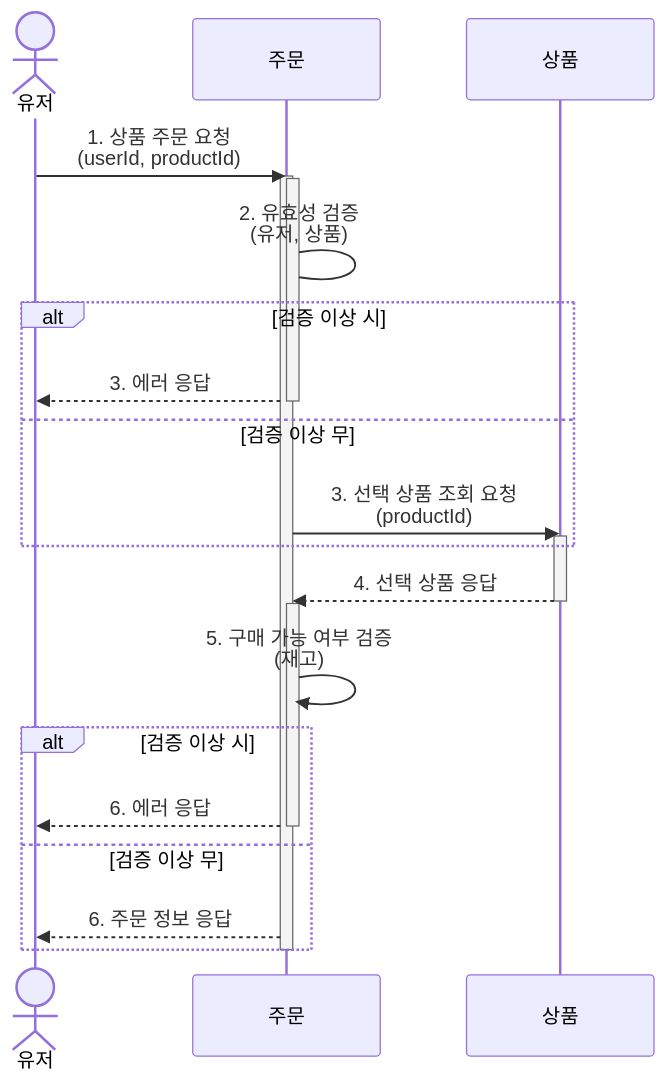
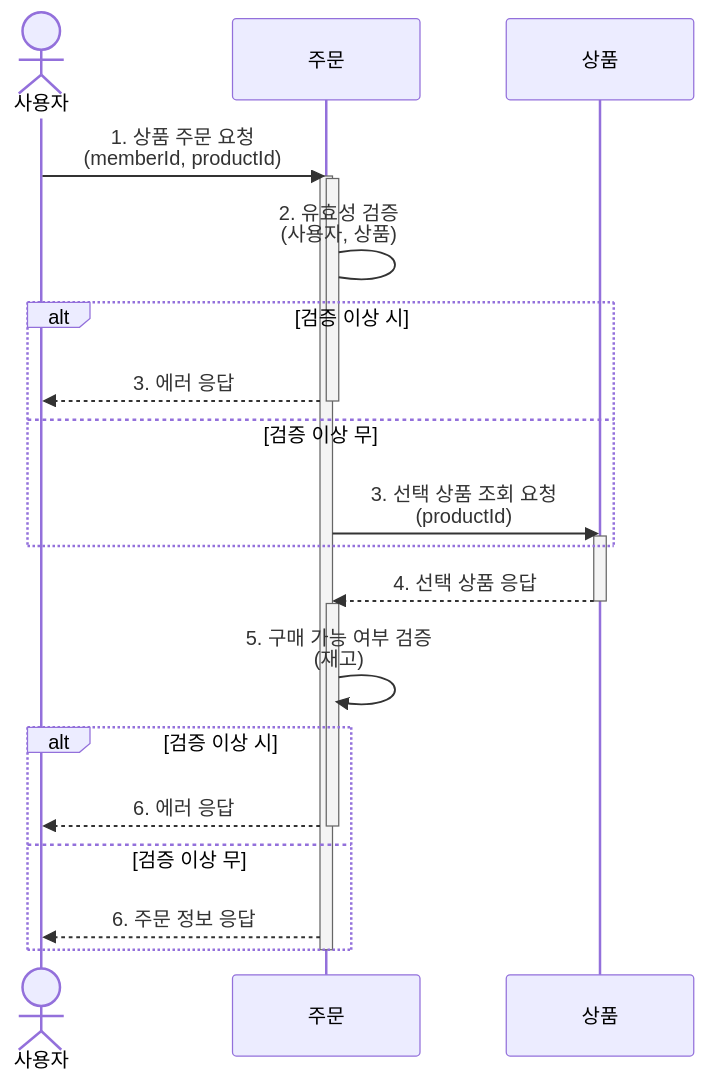
One commit to psyoongsc/hhplus-ts-server changed diagram 13 of 15 in docs/sequence_diagram.md. Above: the diagram before and after it, drawn with Mermaid. The commit also changed other lines of this file, not shown here.

````diff
--- a/docs/sequence_diagram.md
+++ b/docs/sequence_diagram.md
@@ -263,35 +263,35 @@
         ```mermaid
         sequenceDiagram
-        	actor User as 유저
+        	actor User as 사용자
             participant Order as 주문
             participant Product as 상품
         
-            User->>Order: 1. 상품 주문 요청<br/>(userId, productId)
+            User->>Order: 1. 상품 주문 요청<br/>(memberId, productId)
             Activate Order
         
             Activate Order
         
-            Order->Order: 2. 유효성 검증<br/>(유저, 상품)
+            Order->Order: 2. 유효성 검증<br/>(사용자, 상품)
         
             alt 검증 이상 시
                 Order-->>User: 3. 에러 응답
             Deactivate Order
             else 검증 이상 무
                 Order->>Product: 3. 선택 상품 조회 요청<br/>(productId)
             Activate Product
             end
         
             Product-->>Order: 4. 선택 상품 응답
             Deactivate Product
         
             Activate Order
             Order->>Order: 5. 구매 가능 여부 검증<br/>(재고)
             alt 검증 이상 시
                 Order-->>User: 6. 에러 응답
             Deactivate Order
             else 검증 이상 무
         		    Order-->>User: 6. 주문 정보 응답
         		end
         
             Deactivate Order
         ```
````
